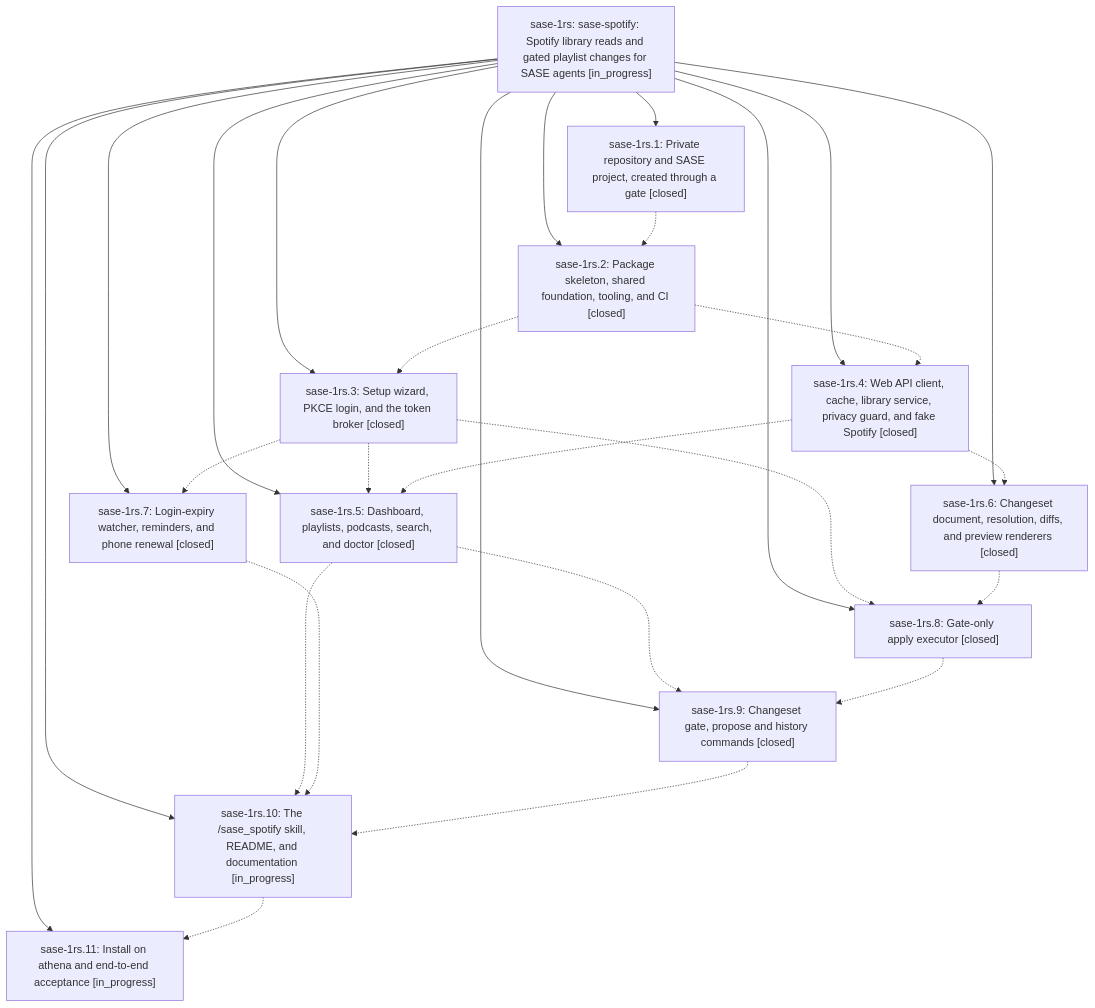
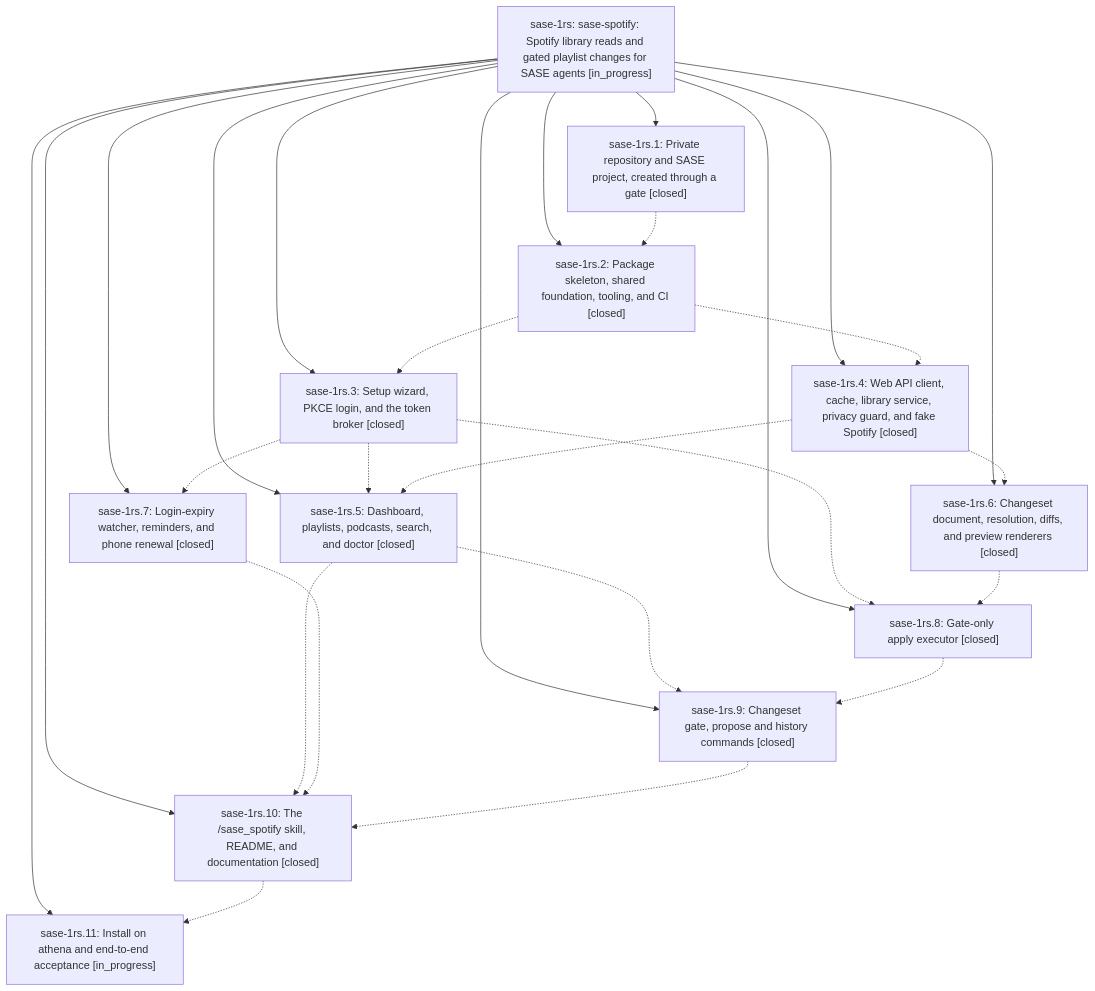
Before and after one commit to sase-org/sase--beads: the diagram in pages/sase-1rs/README.md, drawn with Mermaid. The commit also changed other lines of this file and 7 other files, not shown here.

````diff
--- a/pages/sase-1rs/README.md
+++ b/pages/sase-1rs/README.md
@@ -46,41 +46,41 @@
 ```mermaid
 flowchart TD
     n0["sase-1rs: sase-spotify: Spotify library reads and gated playlist changes for SASE agents [in_progress]"]
     n1["sase-1rs.1: Private repository and SASE project, created through a gate [closed]"]
-    n2["sase-1rs.10: The /sase_spotify skill, README, and documentation [in_progress]"]
+    n2["sase-1rs.10: The /sase_spotify skill, README, and documentation [closed]"]
     n3["sase-1rs.11: Install on athena and end-to-end acceptance [in_progress]"]
     n4["sase-1rs.2: Package skeleton, shared foundation, tooling, and CI [closed]"]
     n5["sase-1rs.3: Setup wizard, PKCE login, and the token broker [closed]"]
     n6["sase-1rs.4: Web API client, cache, library service, privacy guard, and fake Spotify [closed]"]
     n7["sase-1rs.5: Dashboard, playlists, podcasts, search, and doctor [closed]"]
     n8["sase-1rs.6: Changeset document, resolution, diffs, and preview renderers [closed]"]
     n9["sase-1rs.7: Login-expiry watcher, reminders, and phone renewal [closed]"]
     n10["sase-1rs.8: Gate-only apply executor [closed]"]
     n11["sase-1rs.9: Changeset gate, propose and history commands [closed]"]
     n0 --> n1
     n0 --> n2
     n0 --> n3
     n0 --> n4
     n0 --> n5
     n0 --> n6
     n0 --> n7
     n0 --> n8
     n0 --> n9
     n0 --> n10
     n0 --> n11
     n1 -.-> n4
     n2 -.-> n3
     n4 -.-> n5
     n4 -.-> n6
     n5 -.-> n7
     n5 -.-> n9
     n5 -.-> n10
     n6 -.-> n7
     n6 -.-> n8
     n7 -.-> n2
     n7 -.-> n11
     n8 -.-> n10
     n9 -.-> n2
     n10 -.-> n11
     n11 -.-> n2
 ```
````
